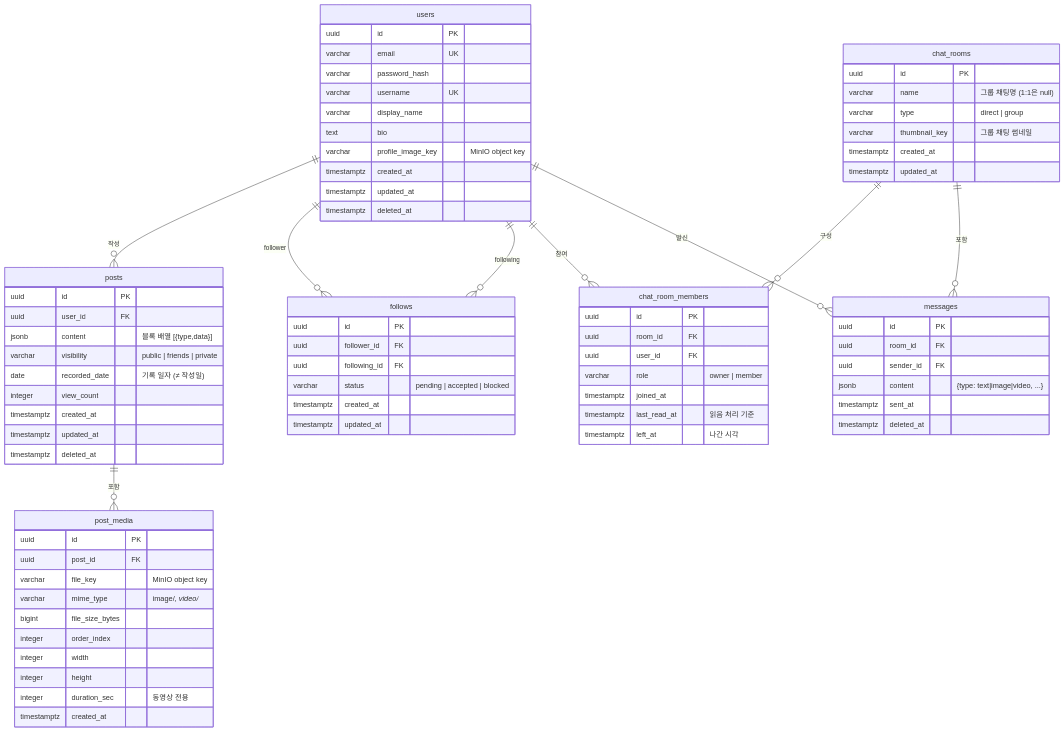
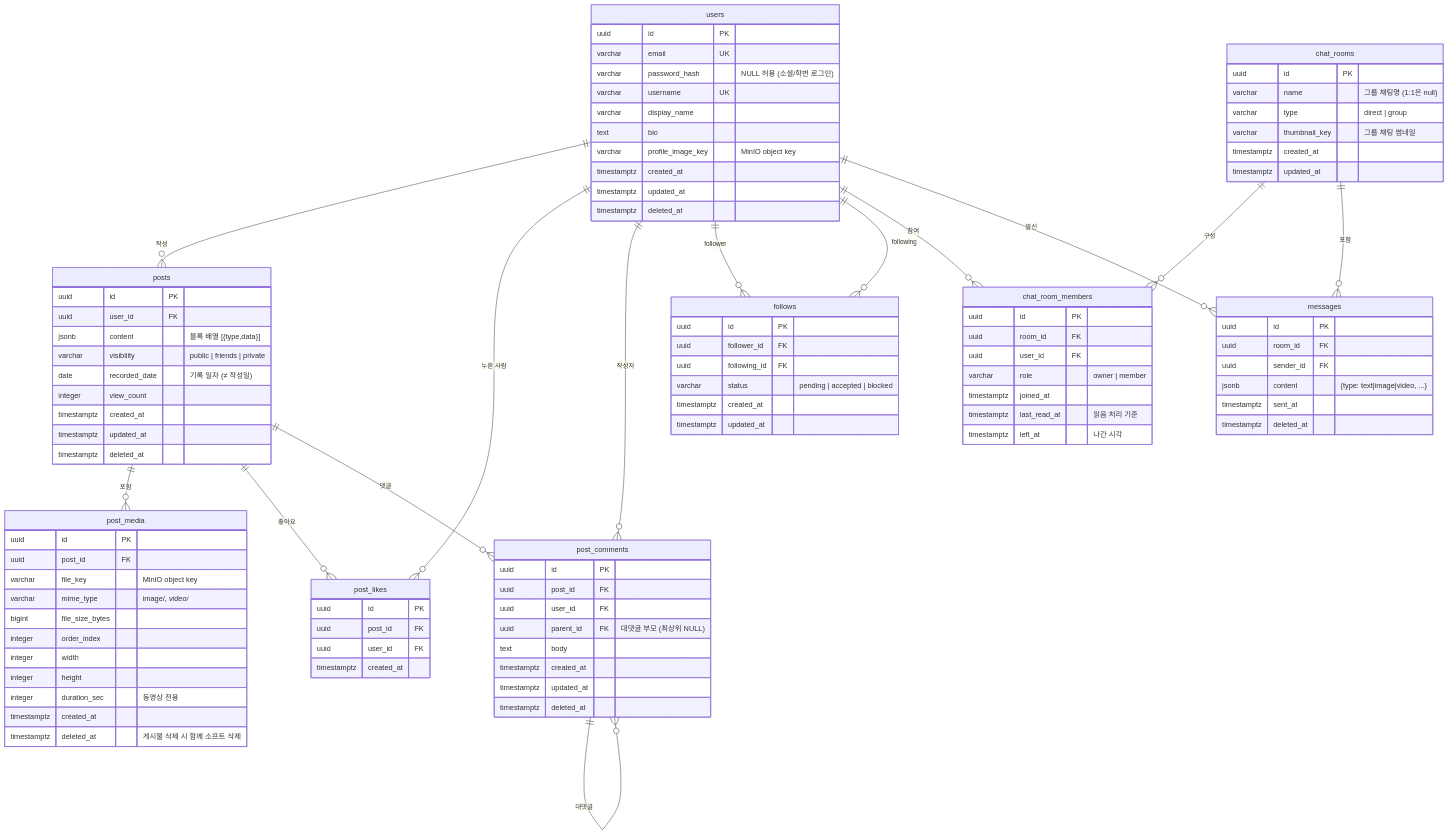
The diagram in docs/erd.md (inu-appcenter/memorIN-backend), drawn with Mermaid before and after one commit. The commit also changed other lines of this file and 5 other files, not shown here.

First line of the commit message:
refactor: 엔티티 카멜케이스 네이밍 정리 및 ERD/DDL 최신화

```diff
--- a/docs/erd.md
+++ b/docs/erd.md
@@ -24,7 +27,7 @@
     users {
         uuid        id              PK
         varchar     email           UK
-        varchar     password_hash
+        varchar     password_hash       "NULL 허용 (소셜/학번 로그인)"
         varchar     username        UK
         varchar     display_name
         text        bio
@@ -57,6 +60,25 @@
         integer     height
         integer     duration_sec    "동영상 전용"
         timestamptz created_at
+        timestamptz deleted_at      "게시물 삭제 시 함께 소프트 삭제"
+    }
+
+    post_likes {
+        uuid        id              PK
+        uuid        post_id         FK
+        uuid        user_id         FK
+        timestamptz created_at
+    }
+
+    post_comments {
+        uuid        id              PK
+        uuid        post_id         FK
+        uuid        user_id         FK
+        uuid        parent_id       FK  "대댓글 부모 (최상위 NULL)"
+        text        body
+        timestamptz created_at
+        timestamptz updated_at
+        timestamptz deleted_at
     }
 
     follows {
@@ -99,6 +121,11 @@
     %% 관계 정의
     users         ||--o{ posts              : "작성"
     posts         ||--o{ post_media         : "포함"
+    posts         ||--o{ post_likes         : "좋아요"
+    users         ||--o{ post_likes         : "누른 사람"
+    posts         ||--o{ post_comments      : "댓글"
+    users         ||--o{ post_comments      : "작성자"
+    post_comments ||--o{ post_comments      : "대댓글"
     users         ||--o{ follows            : "follower"
     users         ||--o{ follows            : "following"
     users         ||--o{ chat_room_members  : "참여"
```
